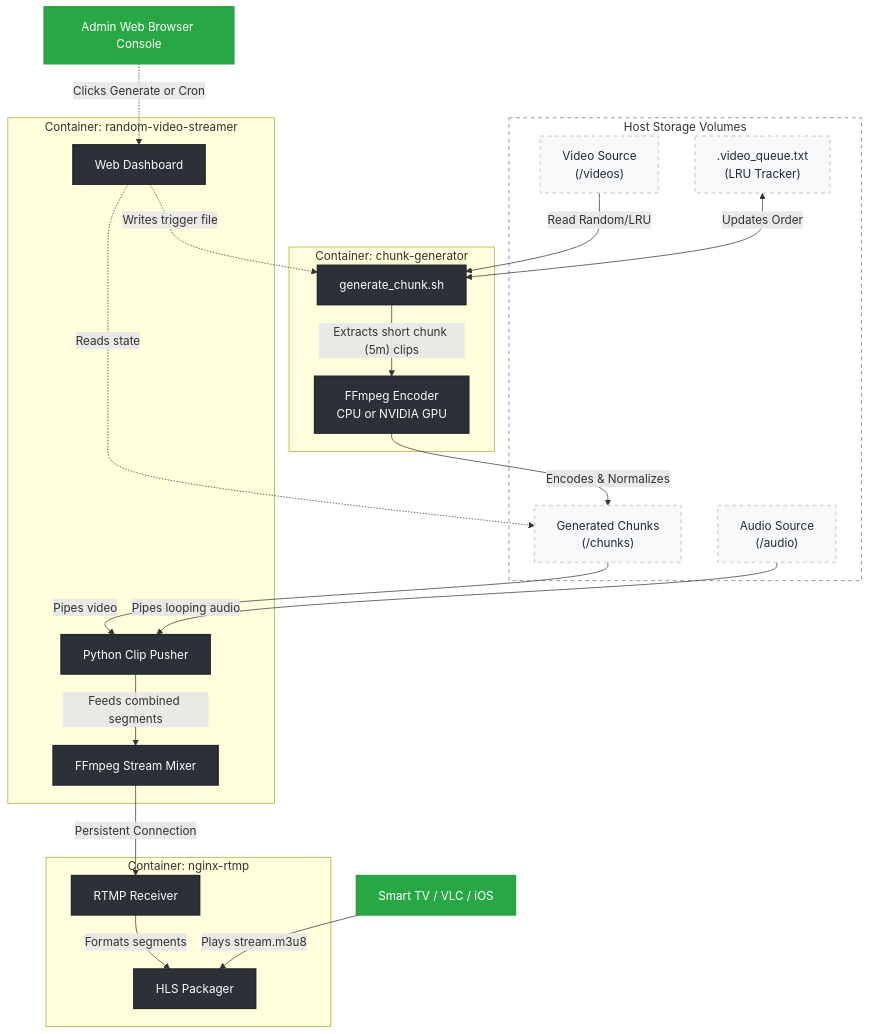
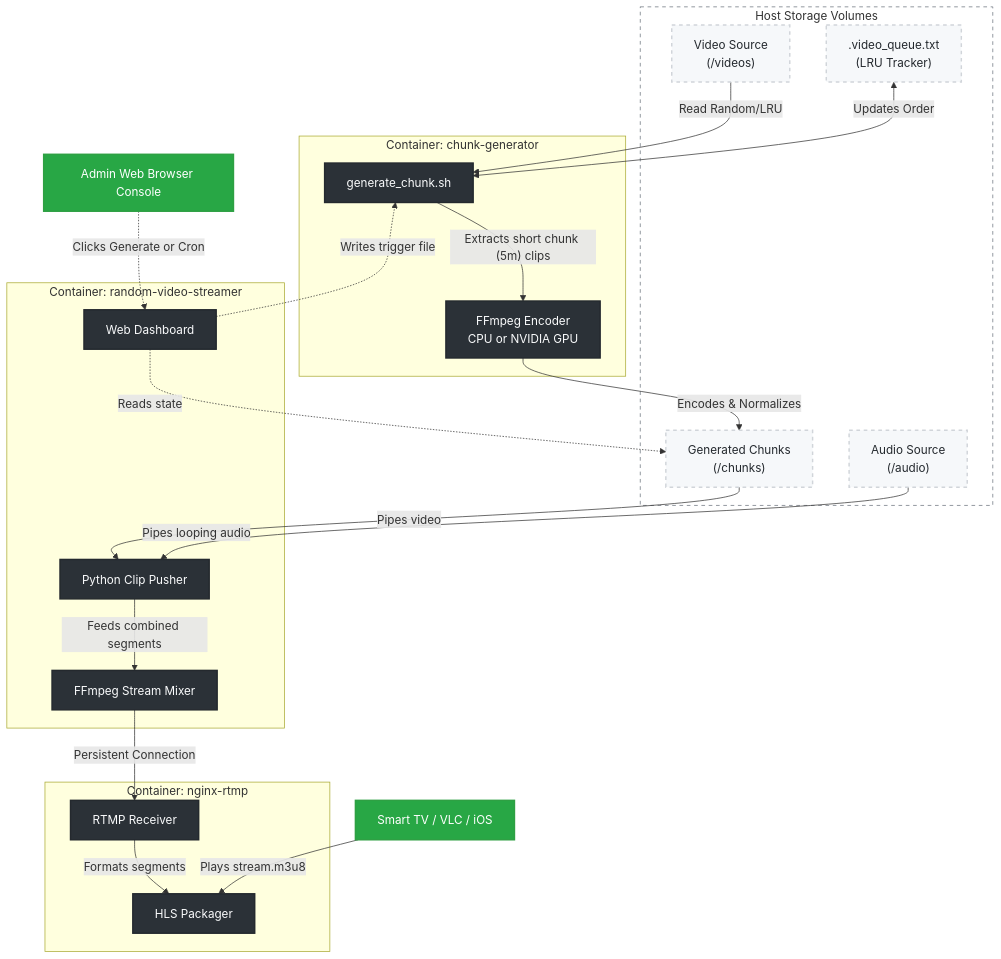
The diagram in README.md (vineethvijay/Random-Video-Clips-Streaming-Server), drawn with Mermaid before and after one commit.

````diff
--- a/README.md
+++ b/README.md
@@ -17,60 +17,61 @@
 ```mermaid
 flowchart TD
     %% Define Styles
     classDef container fill:#2b3137,stroke:#24292e,stroke-width:2px,color:#fafbfc
     classDef volume fill:#f6f8fa,stroke:#d1d5da,stroke-width:2px,color:#24292e,stroke-dasharray: 5 5
     classDef output fill:#0366d6,stroke:#0366d6,stroke-width:3px,color:#ffffff,font-weight:bold
     classDef interface fill:#28a745,stroke:#2ea043,stroke-width:2px,color:#ffffff
 
     %% Subgraphs for Domains
     subgraph Host ["Host Storage Volumes"]
         V["Video Source<br>(/videos)"]:::volume
         A["Audio Source<br>(/audio)"]:::volume
         C["Generated Chunks<br>(/chunks)"]:::volume
         Q[".video_queue.txt<br>(LRU Tracker)"]:::volume
     end
 
     subgraph Gen ["Container: chunk-generator"]
         bash[generate_chunk.sh]:::container
         ffmpeg1["FFmpeg Encoder<br>CPU or NVIDIA GPU"]:::container
     end
 
     subgraph Stream ["Container: random-video-streamer"]
         API[Web Dashboard]:::container
         Pusher[Python Clip Pusher]:::container
         ffmpeg2[FFmpeg Stream Mixer]:::container
     end
 
     subgraph Nginx ["Container: nginx-rtmp"]
         rtmp[RTMP Receiver]:::container
         hls[HLS Packager]:::container
     end
 
     %% Client Layer
     Dashboard[Admin Web Browser Console]:::interface
     Player[Smart TV / VLC / iOS]:::interface
 
     %% Generation Flow
     V -->|Read Random/LRU| bash
     Q <-->|Updates Order| bash
     bash -->|"Extracts short chunk (5m) clips"| ffmpeg1
     ffmpeg1 -->|Encodes & Normalizes| C
 
     %% Streaming Flow
     C -->|Pipes video| Pusher
     A -->|Pipes looping audio| Pusher
     Pusher -->|Feeds combined segments| ffmpeg2
     ffmpeg2 -->|Persistent Connection| rtmp
 
     %% Final Packaging
     rtmp -->|Formats segments| hls
     
     %% User Interfaces
     API -.->|Writes trigger file| bash
     API -.->|Reads state| C
     Dashboard -.->|Clicks Generate or Cron| API
     Player -->|Plays stream.m3u8| hls
 
     %% Layout hints
     style Host fill:transparent,stroke:#6a737d,stroke-dasharray: 5 5
+    bash ~~~ API
 ```
````
